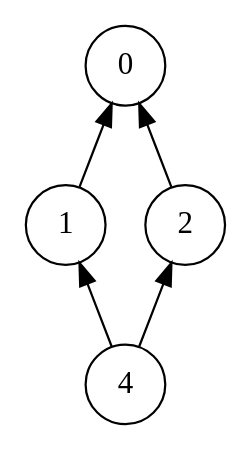
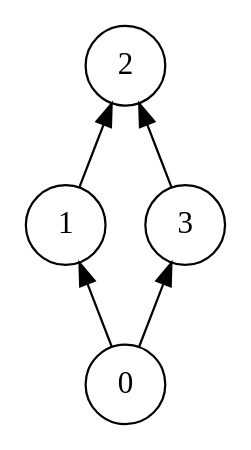
The diagram in app/viz-g2_G2.dot (psqq/semi-diplom), drawn with Graphviz before and after one commit. The commit also changed 16 other files, not shown here.

Commit message:
show all graphs

```diff
--- a/app/viz-g2_G2.dot
+++ b/app/viz-g2_G2.dot
@@ -1,8 +1,8 @@
 digraph {
 node [ shape=circle ]
 rankdir = BT
-1 -> 0
-2 -> 0
-4 -> 1
-4 -> 2
+0 -> 1
+0 -> 3
+1 -> 2
+3 -> 2
 }
```
